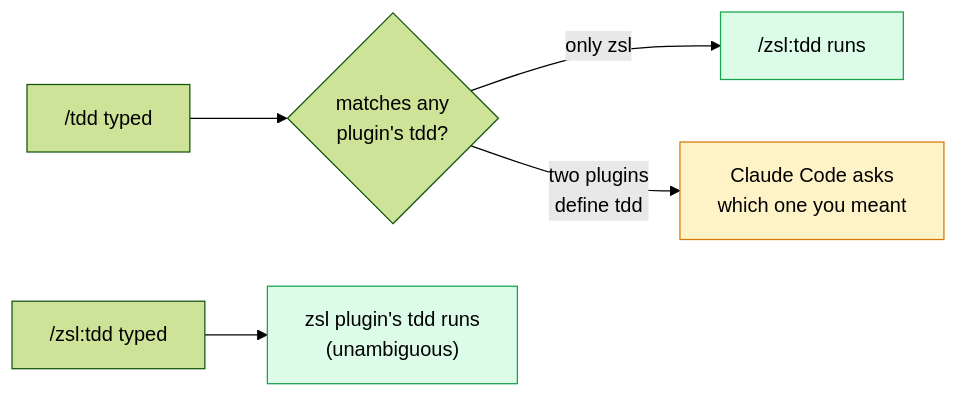
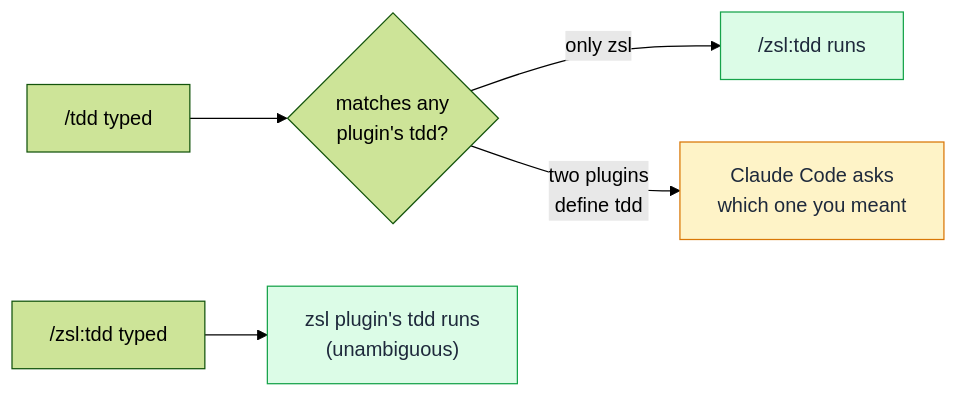
Before and after one commit to ZunoSmartLabs/zsl-superpowers: the second of 5 diagrams in docs/faq.md, drawn with Mermaid (forest theme). The commit also changed other lines of this file and 8 other files, not shown here.

First line of the commit message:
docs(remote-agents): add scheduling rationale + fix dark-mode diagram text

````diff
--- a/docs/faq.md
+++ b/docs/faq.md
@@ -67,12 +67,12 @@
 ```mermaid
 flowchart LR
     user["/tdd typed"] --> match{"matches any<br/>plugin's tdd?"}
     match -->|"only zsl"| zsl["/zsl:tdd runs"]
     match -->|"two plugins<br/>define tdd"| ambig["Claude Code asks<br/>which one you meant"]
     user2["/zsl:tdd typed"] --> exact["zsl plugin's tdd runs<br/>(unambiguous)"]
 
-    classDef good fill:#dcfce7,stroke:#16a34a;
-    classDef warn fill:#fef3c7,stroke:#d97706;
+    classDef good fill:#dcfce7,stroke:#16a34a,color:#1e293b;
+    classDef warn fill:#fef3c7,stroke:#d97706,color:#1e293b;
     class zsl,exact good
     class ambig warn
 ```
````
